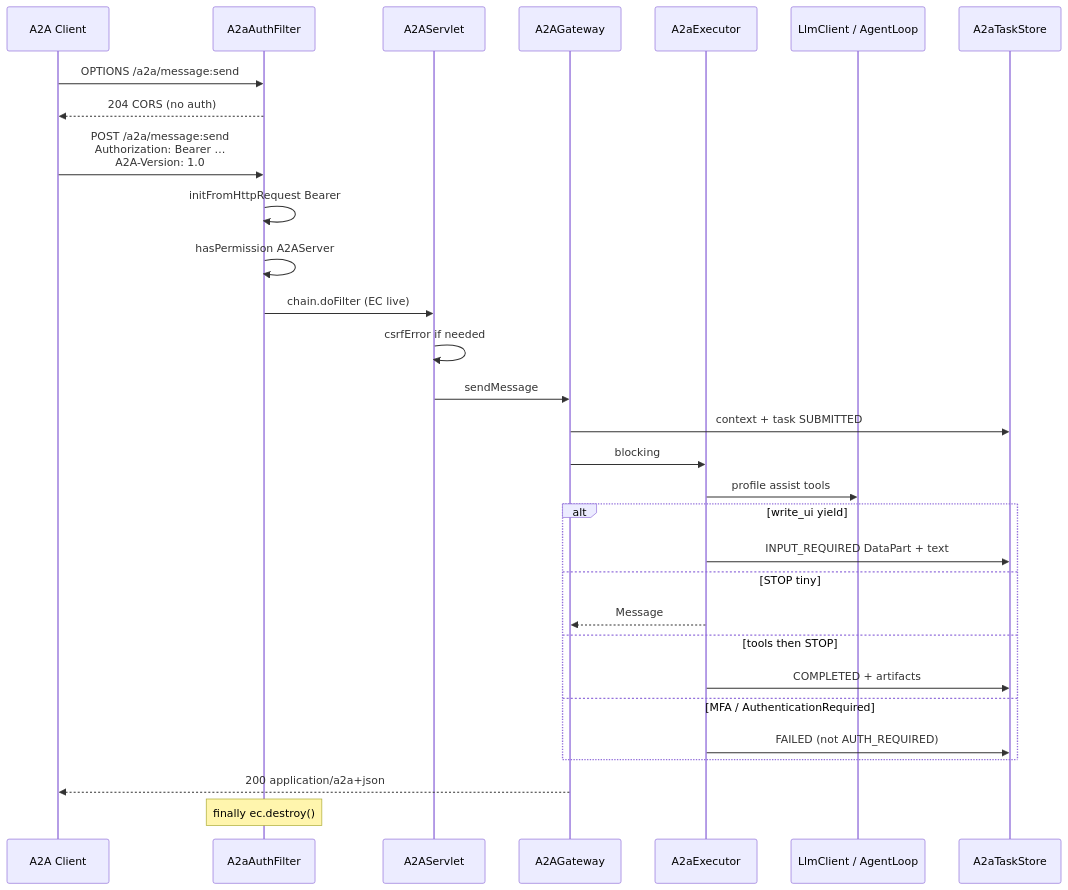
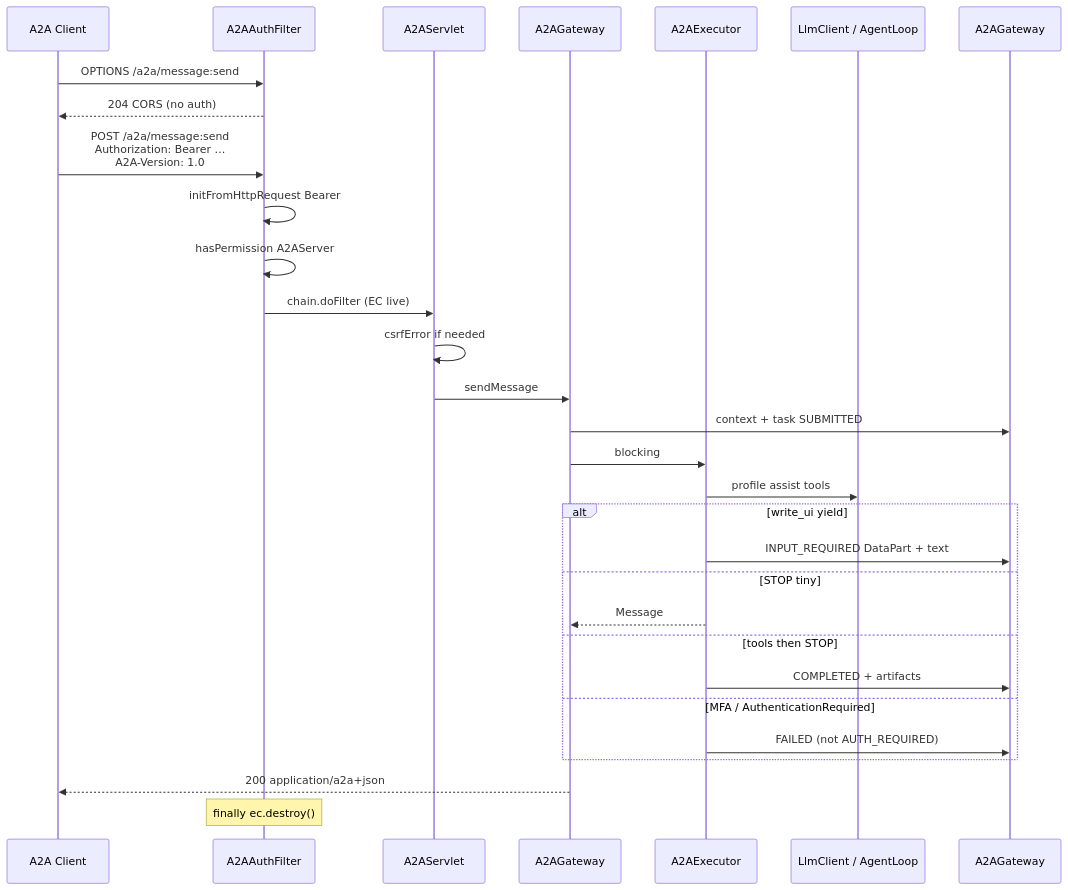
One commit to moqui/moqui-framework changed the fourth of 5 diagrams in framework/plans/A2A-Server.md. Above: the diagram before and after it, drawn with Mermaid. The commit also changed other lines of this file and 32 other files, not shown here.

````diff
--- a/framework/plans/A2A-Server.md
+++ b/framework/plans/A2A-Server.md
@@ -555,33 +615,33 @@
 ```mermaid
 sequenceDiagram
   participant C as A2A Client
-  participant F as A2aAuthFilter
+  participant F as A2AAuthFilter
   participant S as A2AServlet
   participant G as A2AGateway
-  participant X as A2aExecutor
+  participant X as A2AExecutor
   participant L as LlmClient / AgentLoop
-  participant DB as A2aTaskStore
+  participant DB as A2AGateway
 
   C->>F: OPTIONS /a2a/message:send
   F-->>C: 204 CORS (no auth)
   C->>F: POST /a2a/message:send<br/>Authorization: Bearer …<br/>A2A-Version: 1.0
   F->>F: initFromHttpRequest Bearer
   F->>F: hasPermission A2AServer
   F->>S: chain.doFilter (EC live)
   S->>S: csrfError if needed
   S->>G: sendMessage
   G->>DB: context + task SUBMITTED
   G->>X: blocking
   X->>L: profile assist tools
   alt write_ui yield
     X->>DB: INPUT_REQUIRED DataPart + text
   else STOP tiny
     X-->>G: Message
   else tools then STOP
     X->>DB: COMPLETED + artifacts
   else MFA / AuthenticationRequired
     X->>DB: FAILED (not AUTH_REQUIRED)
   end
   G-->>C: 200 application/a2a+json
   Note over F: finally ec.destroy()
 ```
````
